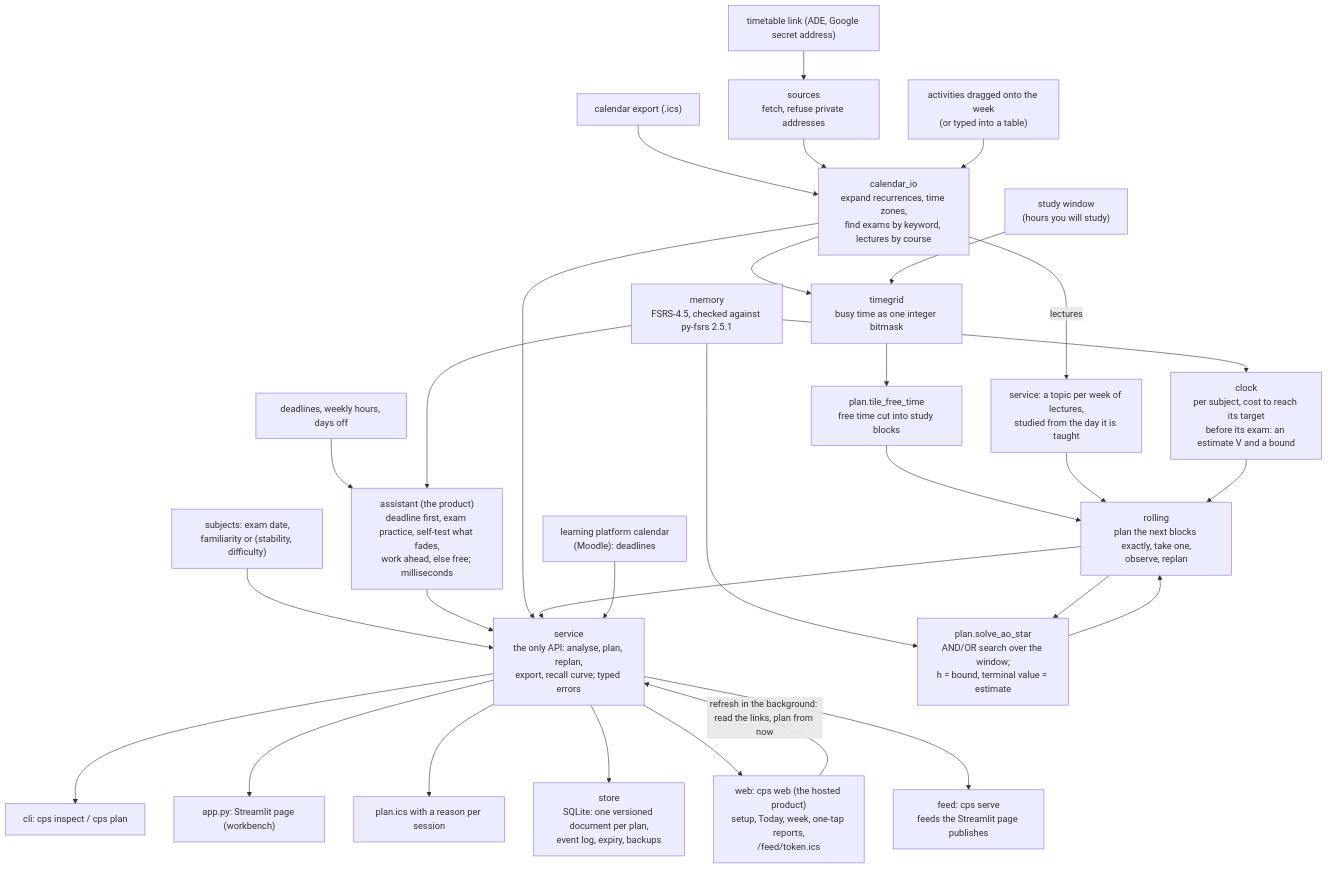
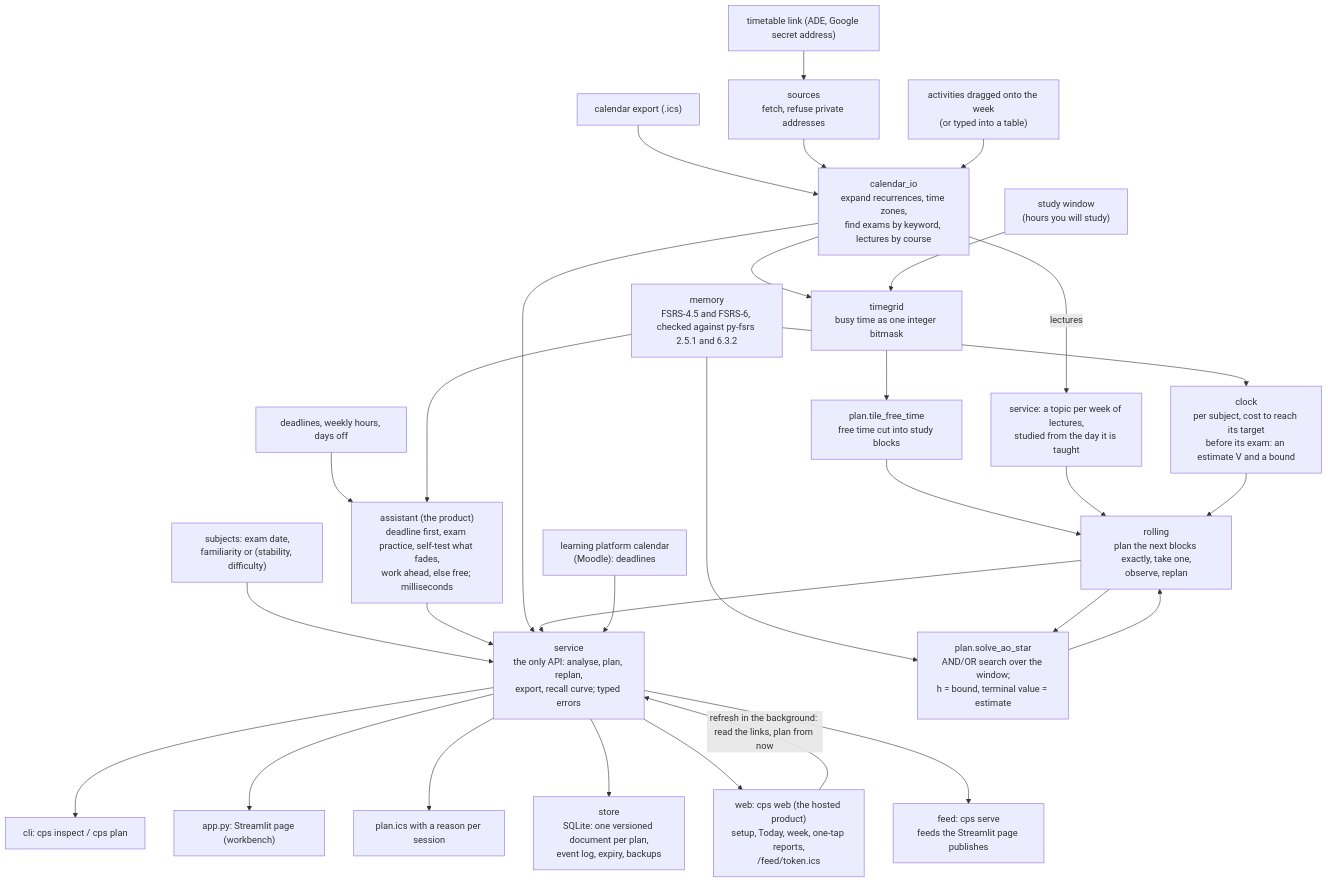
The diagram in docs/ARCHITECTURE.md (emanuelefrancescorestivo/Constrained-Path-Scheduler), drawn with Mermaid before and after one commit. The commit also changed other lines of this file and 19 other files, not shown here.

````diff
--- a/docs/ARCHITECTURE.md
+++ b/docs/ARCHITECTURE.md
@@ -6,36 +6,36 @@
 ```mermaid
 flowchart TD
     ICS["calendar export (.ics)"] --> CIO
     LINK["timetable link (ADE, Google secret address)"] --> SRC["sources<br/>fetch, refuse private addresses"]
     SRC --> CIO
     ROWS["activities dragged onto the week<br/>(or typed into a table)"] --> CIO
     CIO["calendar_io<br/>expand recurrences, time zones,<br/>find exams by keyword, lectures by course"] --> GRID
     WIN["study window<br/>(hours you will study)"] --> GRID
     GRID["timegrid<br/>busy time as one integer bitmask"] --> TILE
     TILE["plan.tile_free_time<br/>free time cut into study blocks"] --> ROLL
 
     SPEC["subjects: exam date,<br/>familiarity or (stability, difficulty)"] --> SVC
     CIO -- "lectures" --> TOPICS["service: a topic per week of lectures,<br/>studied from the day it is taught"]
     TOPICS --> ROLL
-    MEM["memory<br/>FSRS-4.5, checked against py-fsrs 2.5.1"] --> CLOCK
+    MEM["memory<br/>FSRS-4.5 and FSRS-6, checked against py-fsrs 2.5.1 and 6.3.2"] --> CLOCK
     MEM --> AOSTAR
 
     TASKS["deadlines, weekly hours, days off"] --> ASSIST
     ASSIST["assistant (the product)<br/>deadline first, exam practice, self-test what fades,<br/>work ahead, else free; milliseconds"] --> SVC
     MEM --> ASSIST
     CLOCK["clock<br/>per subject, cost to reach its target<br/>before its exam: an estimate V and a bound"] --> ROLL
     ROLL["rolling<br/>plan the next blocks exactly, take one,<br/>observe, replan"] --> AOSTAR
     AOSTAR["plan.solve_ao_star<br/>AND/OR search over the window;<br/>h = bound, terminal value = estimate"] --> ROLL
 
     SVC["service<br/>the only API: analyse, plan, replan,<br/>export, recall curve; typed errors"]
     CIO --> SVC
     ROLL --> SVC
     SVC --> CLI["cli: cps inspect / cps plan"]
     SVC --> APP["app.py: Streamlit page (workbench)"]
     SVC --> OUT["plan.ics with a reason per session"]
     SVC --> STORE["store<br/>SQLite: one versioned document per plan,<br/>event log, expiry, backups"]
     SVC --> WEB["web: cps web (the hosted product)<br/>setup, Today, week, one-tap reports,<br/>/feed/token.ics"]
     SVC --> FEED["feed: cps serve<br/>feeds the Streamlit page publishes"]
     MOODLE["learning platform calendar<br/>(Moodle): deadlines"] --> SVC
     WEB -- "refresh in the background: read the links, plan from now" --> SVC
 ```
````
